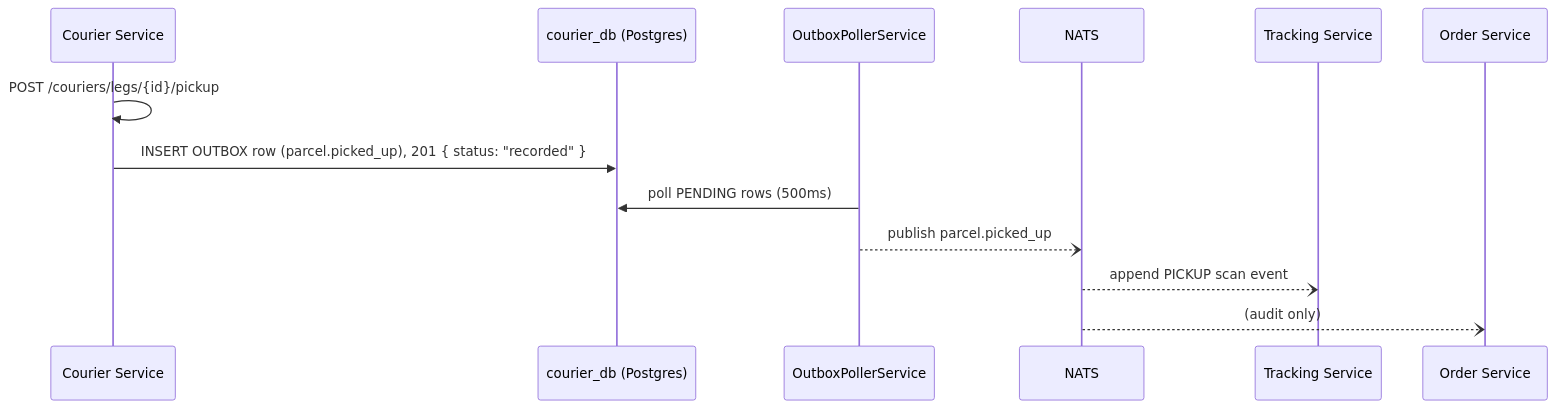
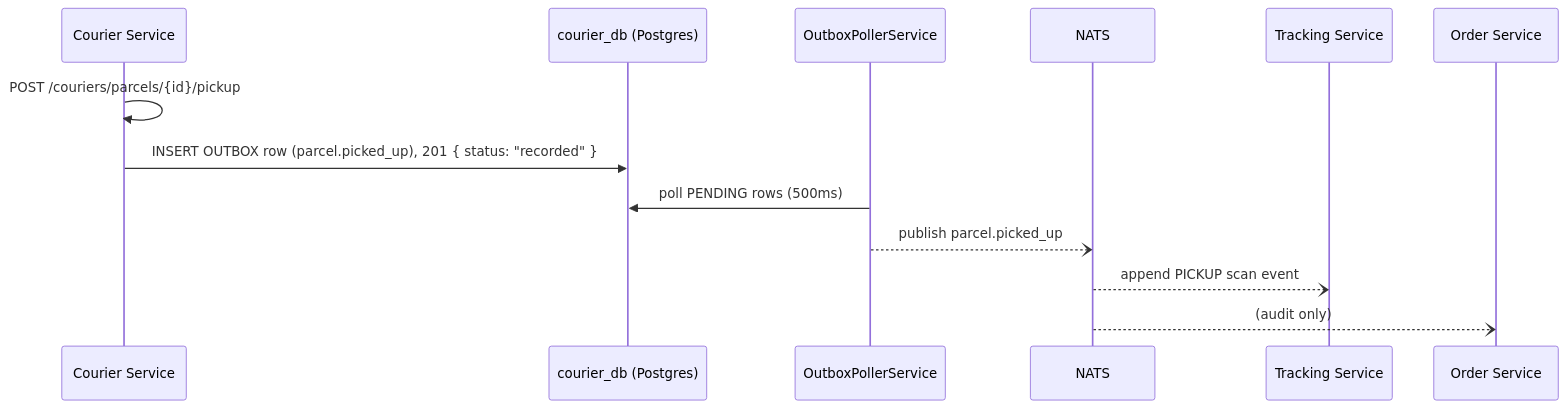
The first of 3 diagrams in shipping-system/docs/lld/courier-service.md (dunguyen-311201/nestjs), drawn with Mermaid before and after one commit. The commit also changed other lines of this file and 18 other files, not shown here.

First line of the commit message:
refactor: rename couriers/legs and dispatcher legs routes to parcels

````diff
--- a/shipping-system/docs/lld/courier-service.md
+++ b/shipping-system/docs/lld/courier-service.md
@@ -42,16 +42,16 @@
 ```mermaid
 sequenceDiagram
     participant Courier as Courier Service
     participant DB as courier_db (Postgres)
     participant Poller as OutboxPollerService
     participant NATS
     participant Tracking as Tracking Service
     participant Order as Order Service
 
-    Courier->>Courier: POST /couriers/legs/{id}/pickup
+    Courier->>Courier: POST /couriers/parcels/{id}/pickup
     Courier->>DB: INSERT OUTBOX row (parcel.picked_up), 201 { status: "recorded" }
     Poller->>DB: poll PENDING rows (500ms)
     Poller--)NATS: publish parcel.picked_up
     NATS--)Tracking: append PICKUP scan event
     NATS--)Order: (audit only)
 ```
````
